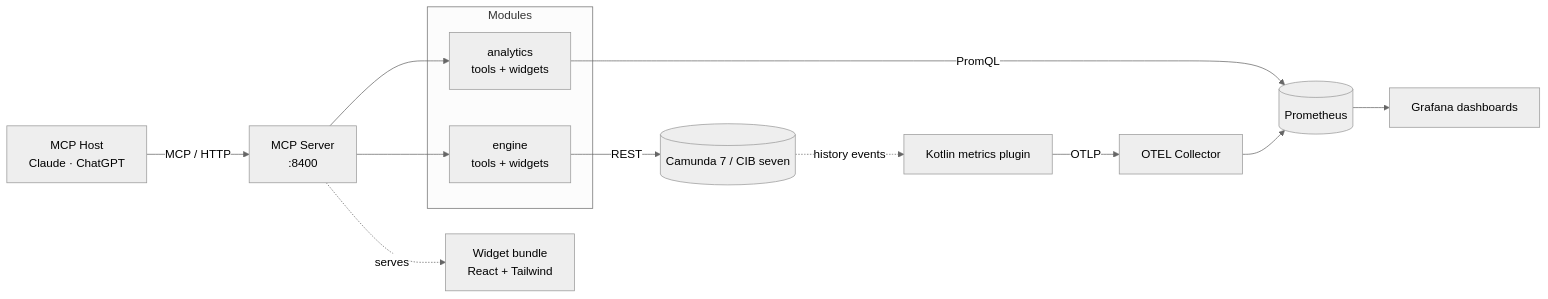
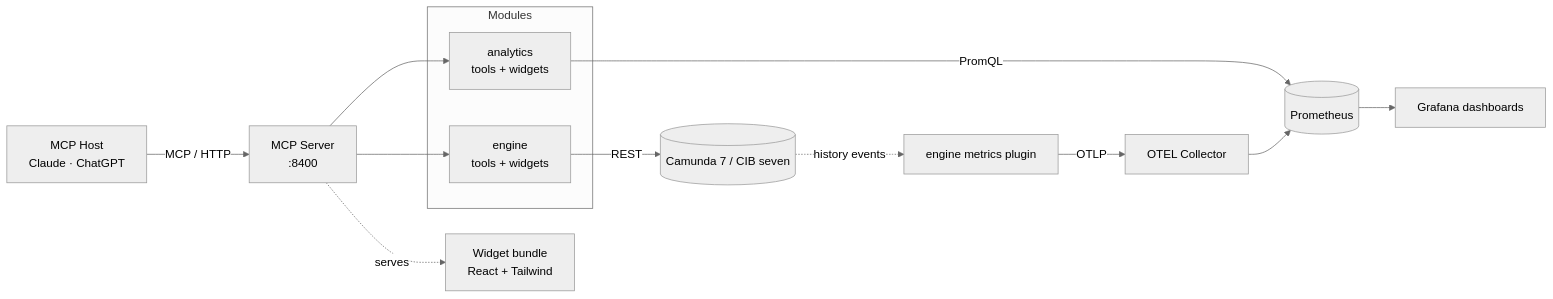
One commit to Miragon/pulse changed the diagram in docs/mcp/architecture.md. Above: the diagram before and after it, drawn with Mermaid (neutral theme). The commit also changed other lines of this file and 61 other files, not shown here.

````diff
--- a/docs/mcp/architecture.md
+++ b/docs/mcp/architecture.md
@@ -10,22 +10,22 @@
 ```mermaid
 flowchart LR
   Host[MCP Host<br/>Claude · ChatGPT] -->|MCP / HTTP| Server[MCP Server<br/>:8400]
 
   subgraph Modules
     EngineModule[engine<br/>tools + widgets]
     Analytics[analytics<br/>tools + widgets]
   end
 
   Server --> EngineModule
   Server --> Analytics
 
   EngineModule -->|REST| Engine[(Camunda 7 / CIB seven)]
   Analytics -->|PromQL| Prom[(Prometheus)]
 
-  Engine -. history events .-> Plugin[Kotlin metrics plugin]
+  Engine -. history events .-> Plugin[engine metrics plugin]
   Plugin -- OTLP --> Collector[OTEL Collector]
   Collector --> Prom
   Prom --> Grafana[Grafana dashboards]
 
   Server -. serves .-> Widgets[Widget bundle<br/>React + Tailwind]
 ```
````
